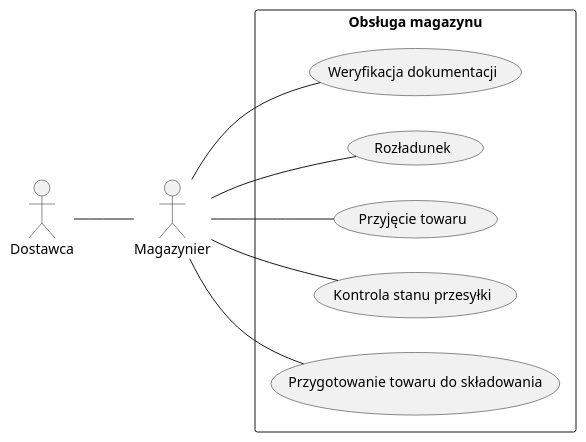
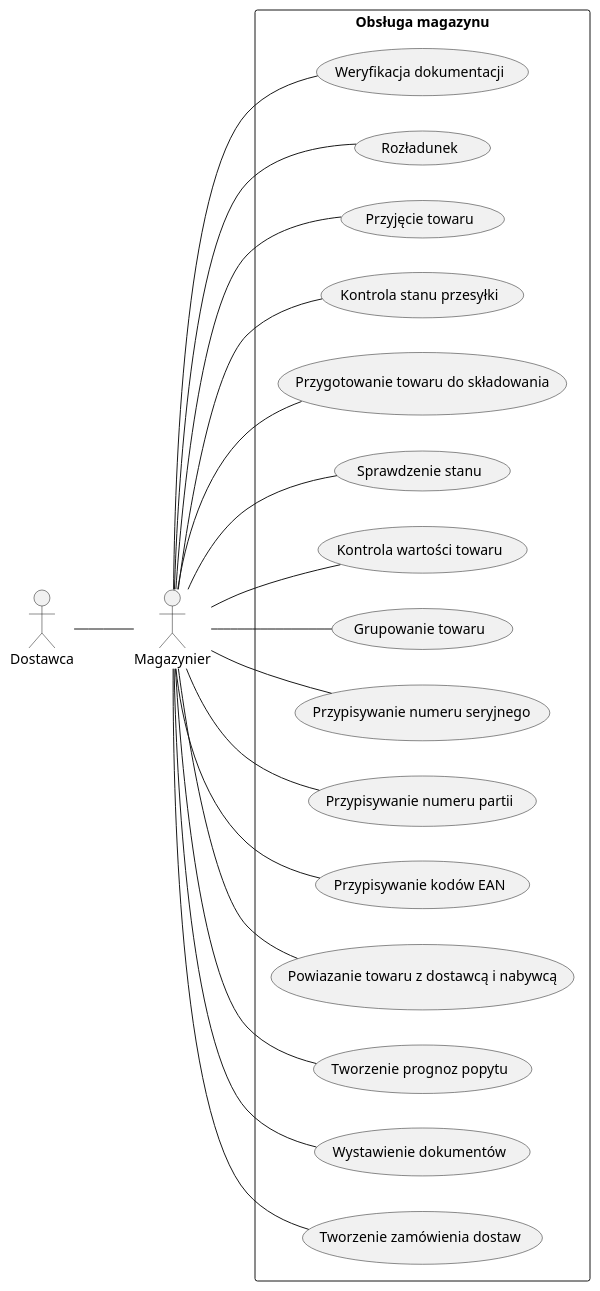
Before and after one commit to pixellos/Agh.5.Psi: the seventh of 11 diagrams in src/Projekt systemu.md, drawn with PlantUML. The commit also changed other lines of this file, not shown here.

````diff
--- a/src/Projekt systemu.md
+++ b/src/Projekt systemu.md
@@ -1757,16 +1757,27 @@
 ```plantuml 1.4.1.1
 @startuml
 left to right direction
 skinparam packageStyle rectangle
 actor Magazynier
 actor Dostawca
 rectangle "Obsługa magazynu" {
     Magazynier -- (Weryfikacja dokumentacji)
     Magazynier -- (Rozładunek)
     Magazynier -- (Przyjęcie towaru)
     Magazynier -- (Kontrola stanu przesyłki)
     Magazynier -- (Przygotowanie towaru do składowania)
-	Dostawca -- Magazynier
+	Magazynier -- (Sprawdzenie stanu)
+    Magazynier -- (Kontrola wartości towaru)
+	Magazynier -- (Grupowanie towaru)
+    Magazynier -- (Przypisywanie numeru seryjnego)
+    Magazynier -- (Przypisywanie numeru partii)
+    Magazynier -- (Przypisywanie kodów EAN)
+	Magazynier -- (Powiazanie towaru z dostawcą i nabywcą)
+	Magazynier -- (Tworzenie prognoz popytu)
+	Magazynier -- (Wystawienie dokumentów)
+	Magazynier -- (Tworzenie zamówienia dostaw)
+	
+Dostawca -- Magazynier
 }
 @enduml
 ```
````
